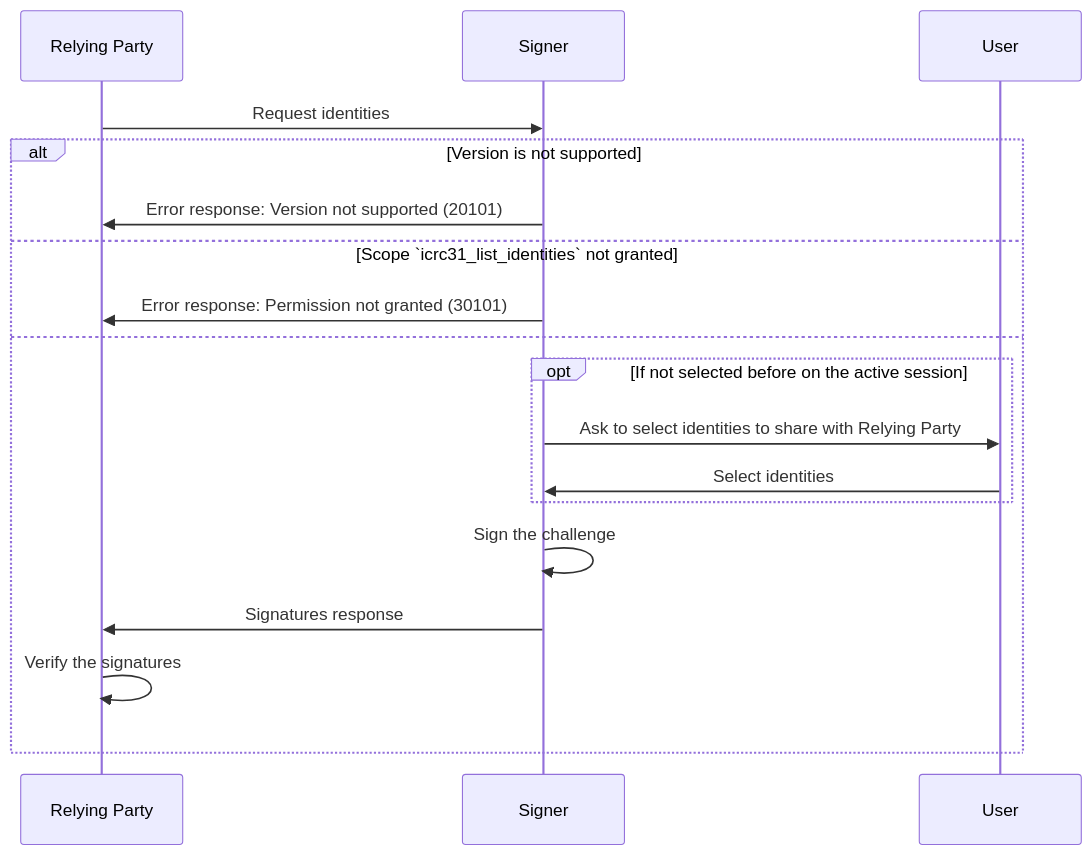
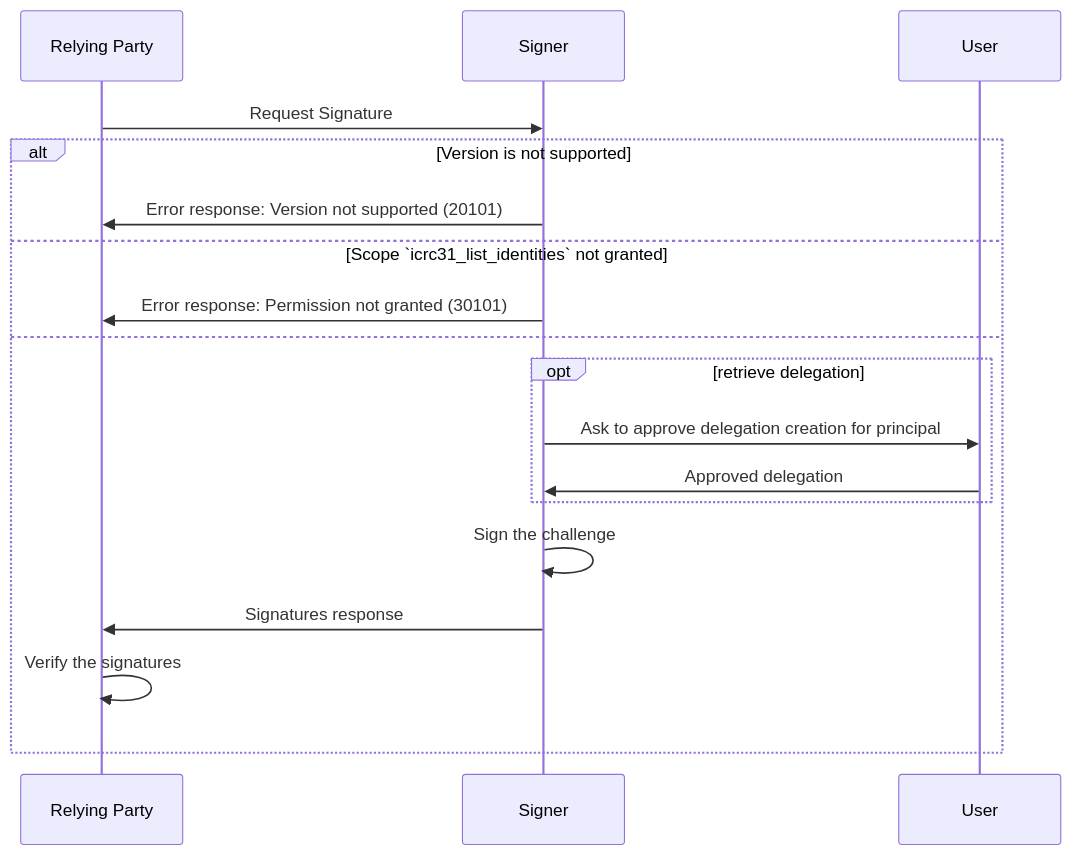
Before and after one commit to dfinity/wg-identity-authentication: the diagram in topics/icrc_32_sign_challenge.md, drawn with Mermaid. The commit also changed other lines of this file, not shown here.

````diff
--- a/topics/icrc_32_sign_challenge.md
+++ b/topics/icrc_32_sign_challenge.md
@@ -101,21 +101,21 @@
 ```mermaid
 sequenceDiagram
     participant RP as Relying Party
     participant S as Signer
     participant U as User
 
-    RP ->> S: Request identities
+    RP ->> S: Request Signature
     alt Version is not supported
         S ->> RP: Error response: Version not supported (20101)
     else Scope `icrc31_list_identities` not granted
         S ->> RP: Error response: Permission not granted (30101)
     else
-        opt If not selected before on the active session 
-            S ->> U: Ask to select identities to share with Relying Party
-            U ->> S: Select identities
+        opt retrieve delegation
+            S ->> U: Ask to approve delegation creation for principal
+            U ->> S: Approved delegation
         end
         S ->> S: Sign the challenge
         S ->> RP: Signatures response
         RP ->> RP: Verify the signatures
     end
 ```
````
